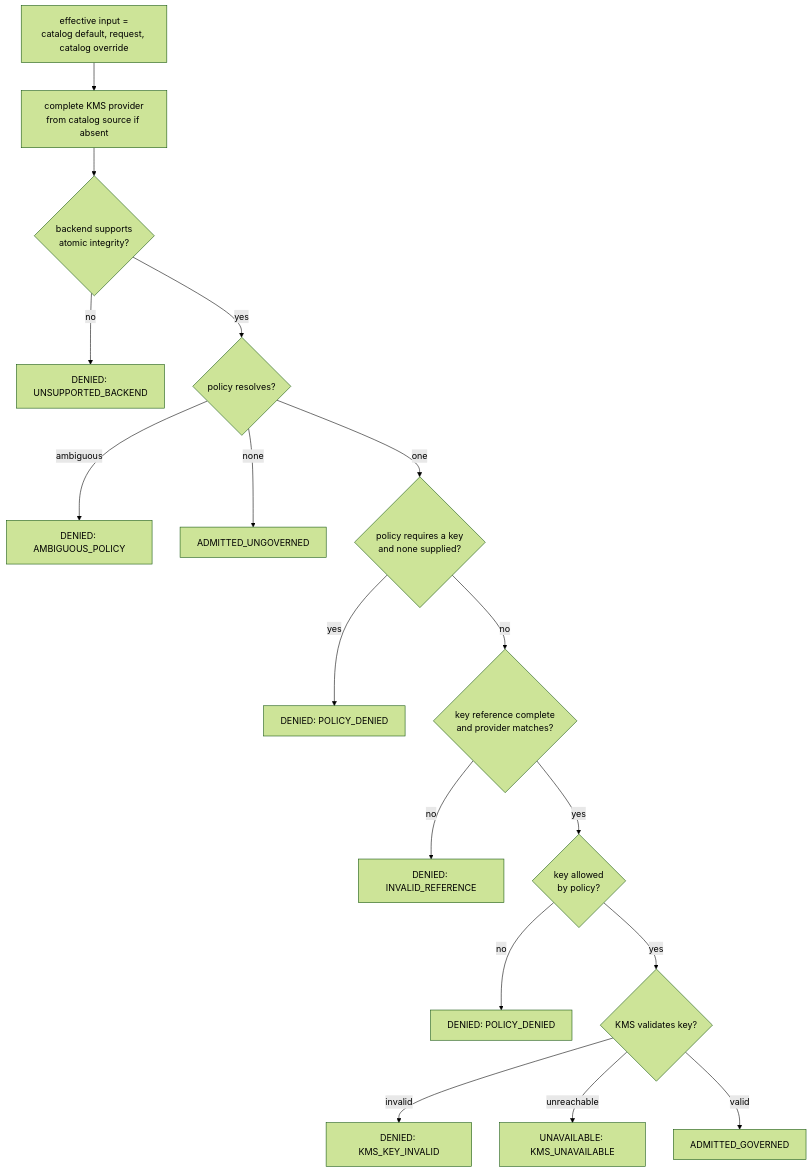
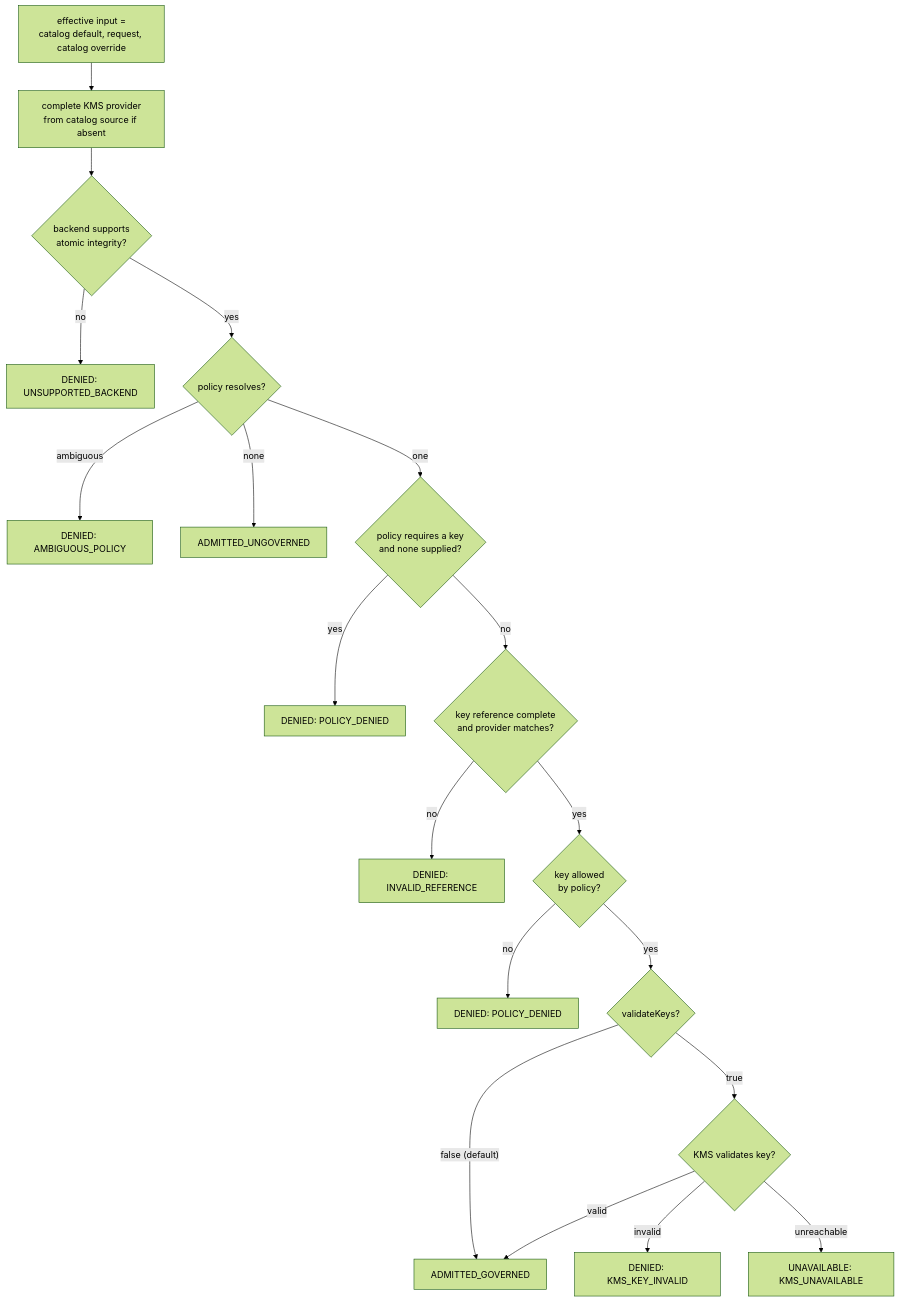
One commit to danhuawang/gravitino changed the fifth of 5 diagrams in design-docs/iceberg-table-encryption/metadata-integrity/SPIP-one-encryption-admission-path.md. Above: the diagram before and after it, drawn with Mermaid (forest theme). The commit also changed other lines of this file and 22 other files, not shown here.

First line of the commit message:
[Cherry-pick to branch-1.3] [#2179] feat(encryption): make server-side KMS key validation opt-in (#2240)

````diff
--- a/design-docs/iceberg-table-encryption/metadata-integrity/SPIP-one-encryption-admission-path.md
+++ b/design-docs/iceberg-table-encryption/metadata-integrity/SPIP-one-encryption-admission-path.md
@@ -225,19 +234,21 @@
 ```mermaid
 flowchart TD
   in["effective input =<br/>catalog default, request, catalog override"] --> prov["complete KMS provider<br/>from catalog source if absent"]
   prov --> cap{"backend supports<br/>atomic integrity?"}
   cap -- no --> u1["DENIED: UNSUPPORTED_BACKEND"]
   cap -- yes --> pol{"policy resolves?"}
   pol -- ambiguous --> u2["DENIED: AMBIGUOUS_POLICY"]
   pol -- none --> ok0["ADMITTED_UNGOVERNED"]
   pol -- one --> req{"policy requires a key<br/>and none supplied?"}
   req -- yes --> u3["DENIED: POLICY_DENIED"]
   req -- no --> ref{"key reference complete<br/>and provider matches?"}
   ref -- no --> u4["DENIED: INVALID_REFERENCE"]
   ref -- yes --> allow{"key allowed<br/>by policy?"}
   allow -- no --> u5["DENIED: POLICY_DENIED"]
-  allow -- yes --> kms{"KMS validates key?"}
+  allow -- yes --> mode{"validateKeys?"}
+  mode -- "false (default)" --> ok1
+  mode -- true --> kms{"KMS validates key?"}
   kms -- invalid --> u6["DENIED: KMS_KEY_INVALID"]
   kms -- unreachable --> u7["UNAVAILABLE: KMS_UNAVAILABLE"]
   kms -- valid --> ok1["ADMITTED_GOVERNED"]
 ```
````
